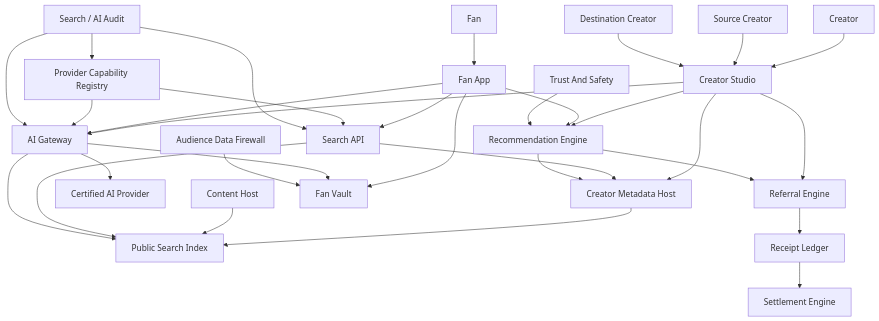
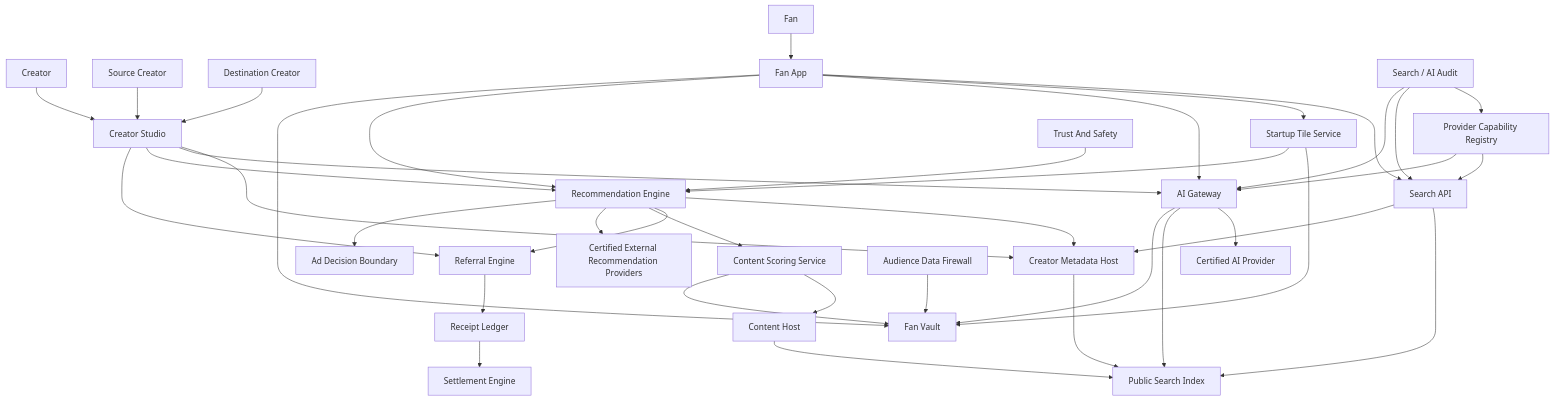
One commit to fahdabidi/Loom changed the first of 25 diagrams in docs/Architecture/07-search-recommendations-and-ai.md. Above: the diagram before and after it, drawn with Mermaid. The commit also changed other lines of this file and 35 other files, not shown here.

````diff
--- a/docs/Architecture/07-search-recommendations-and-ai.md
+++ b/docs/Architecture/07-search-recommendations-and-ai.md
@@ -12,55 +12,67 @@
 ```mermaid
 flowchart TB
   Creator[Creator]
   SourceCreator[Source Creator]
   DestinationCreator[Destination Creator]
   Fan[Fan]
   CreatorStudio[Creator Studio]
   FanApp[Fan App]
   CMH[Creator Metadata Host]
   ContentHost[Content Host]
   SearchIndex[Public Search Index]
   SearchAPI[Search API]
+  TileService[Startup Tile Service]
   AIGateway[AI Gateway]
   AIProvider[Certified AI Provider]
   RecEngine[Recommendation Engine]
+  Scoring[Content Scoring Service]
+  ExternalRec[Certified External Recommendation Providers]
   ReferralEngine[Referral Engine]
   FanVault[Fan Vault]
   DataFirewall[Audience Data Firewall]
+  AdDecision[Ad Decision Boundary]
   ProviderRegistry[Provider Capability Registry]
   Audit[Search / AI Audit]
   Moderation[Trust And Safety]
   ReceiptLedger[Receipt Ledger]
   Settlement[Settlement Engine]
 
   Creator --> CreatorStudio
   SourceCreator --> CreatorStudio
   DestinationCreator --> CreatorStudio
   Fan --> FanApp
   CreatorStudio --> CMH
   CreatorStudio --> AIGateway
   CreatorStudio --> RecEngine
   CreatorStudio --> ReferralEngine
   CMH --> SearchIndex
   ContentHost --> SearchIndex
   FanApp --> SearchAPI
+  FanApp --> TileService
   FanApp --> AIGateway
   FanApp --> RecEngine
   FanApp --> FanVault
   SearchAPI --> SearchIndex
   SearchAPI --> CMH
+  TileService --> FanVault
+  TileService --> RecEngine
   AIGateway --> AIProvider
   AIGateway --> SearchIndex
   AIGateway --> FanVault
   RecEngine --> CMH
   RecEngine --> ReferralEngine
+  RecEngine --> Scoring
+  RecEngine --> ExternalRec
+  Scoring --> ContentHost
+  Scoring --> FanVault
+  RecEngine --> AdDecision
   ReferralEngine --> ReceiptLedger
   ReceiptLedger --> Settlement
   ProviderRegistry --> SearchAPI
   ProviderRegistry --> AIGateway
   DataFirewall --> FanVault
   Audit --> ProviderRegistry
   Audit --> SearchAPI
   Audit --> AIGateway
   Moderation --> RecEngine
 ```
````
